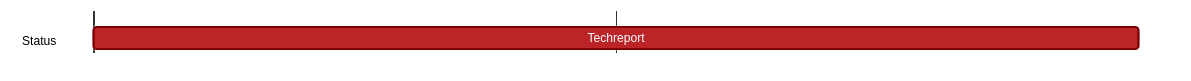
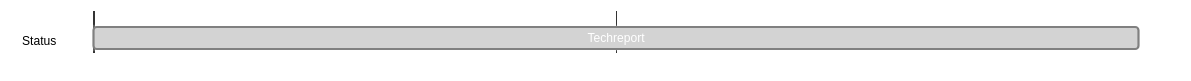
Before and after one commit to logos-co/roadmap: the diagram in content/roadmap/vac/dst/wakurtosis/waku/techreport.md, drawn with Mermaid.

Commit message:
vac dst fill in milestone info fix

````diff
--- a/content/roadmap/vac/dst/wakurtosis/waku/techreport.md
+++ b/content/roadmap/vac/dst/wakurtosis/waku/techreport.md
@@ -7,20 +7,20 @@
 ```mermaid
 %%{ 
   init: { 
     'theme': 'base', 
     'themeVariables': { 
       'primaryColor': '#BB2528', 
       'primaryTextColor': '#fff', 
       'primaryBorderColor': '#7C0000', 
       'lineColor': '#F8B229', 
       'secondaryColor': '#006100', 
       'tertiaryColor': '#fff' 
     } 
   } 
 }%%
 gantt
   tickInterval 1month
   dateFormat YYYY-MM-DD 
   section Status
-    Techreport: :done, 2023-06-01, 2023-07-31
+    Techreport: done, 2023-06-01, 2023-07-31
 ```
````
